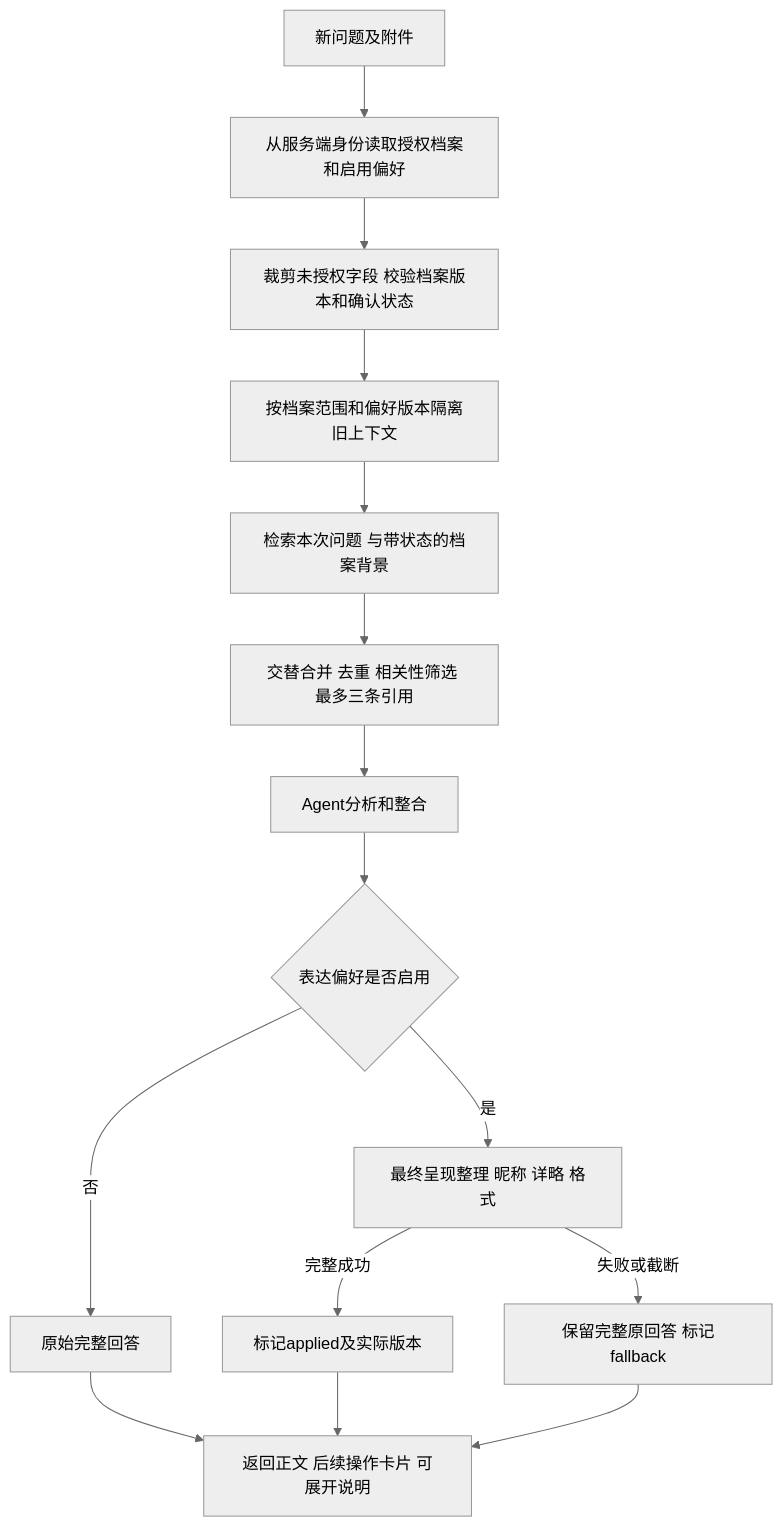
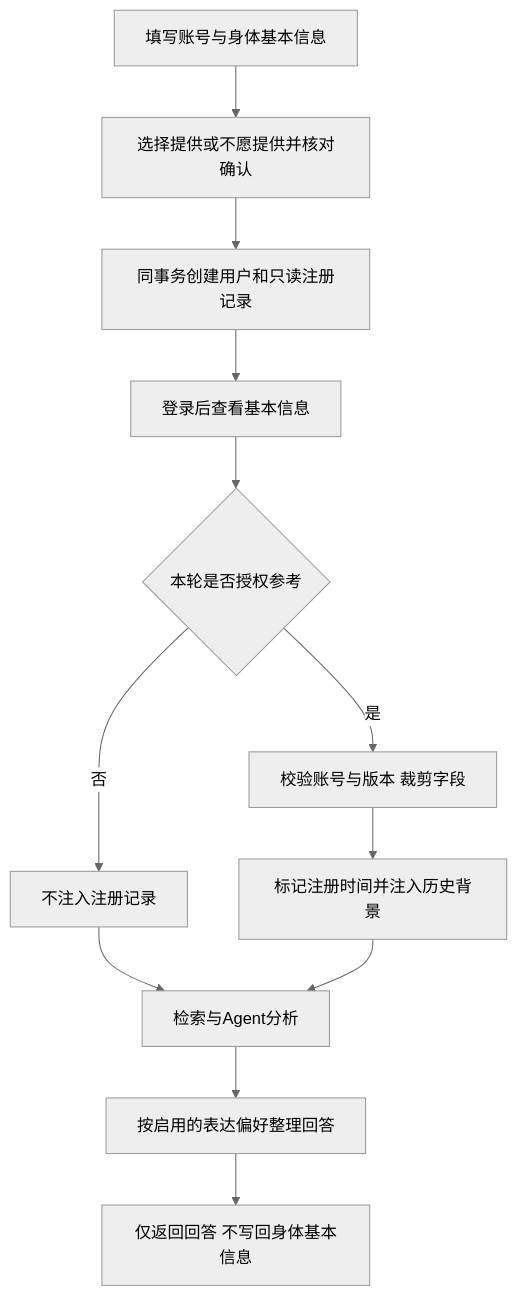
One commit to wuyifan2233/medix-agent-swarm-20261028 changed the diagram in docs/PERSONALIZATION-FLOW.md. Above: the diagram before and after it, drawn with Mermaid (neutral theme). The commit also changed other lines of this file and 15 other files, not shown here.

````diff
--- a/docs/PERSONALIZATION-FLOW.md
+++ b/docs/PERSONALIZATION-FLOW.md
@@ -104,17 +11,14 @@
 ```mermaid
 flowchart TD
-  A[新问题及附件] --> B[从服务端身份读取授权档案和启用偏好]
-  B --> C[裁剪未授权字段 校验档案版本和确认状态]
-  C --> D[按档案范围和偏好版本隔离旧上下文]
-  D --> E[检索本次问题 与带状态的档案背景]
-  E --> F[交替合并 去重 相关性筛选 最多三条引用]
-  F --> G[Agent分析和整合]
-  G --> H{表达偏好是否启用}
-  H -->|否| I[原始完整回答]
-  H -->|是| J[最终呈现整理 昵称 详略 格式]
-  J -->|完整成功| K[标记applied及实际版本]
-  J -->|失败或截断| L[保留完整原回答 标记fallback]
-  I --> M[返回正文 后续操作卡片 可展开说明]
-  K --> M
-  L --> M
+  A[填写账号与身体基本信息] --> B[选择提供或不愿提供并核对确认]
+  B --> C[同事务创建用户和只读注册记录]
+  C --> D[登录后查看基本信息]
+  D --> E{本轮是否授权参考}
+  E -->|否| F[不注入注册记录]
+  E -->|是| G[校验账号与版本 裁剪字段]
+  G --> H[标记注册时间并注入历史背景]
+  F --> I[检索与Agent分析]
+  H --> I
+  I --> J[按启用的表达偏好整理回答]
+  J --> K[仅返回回答 不写回身体基本信息]
 ```
````
